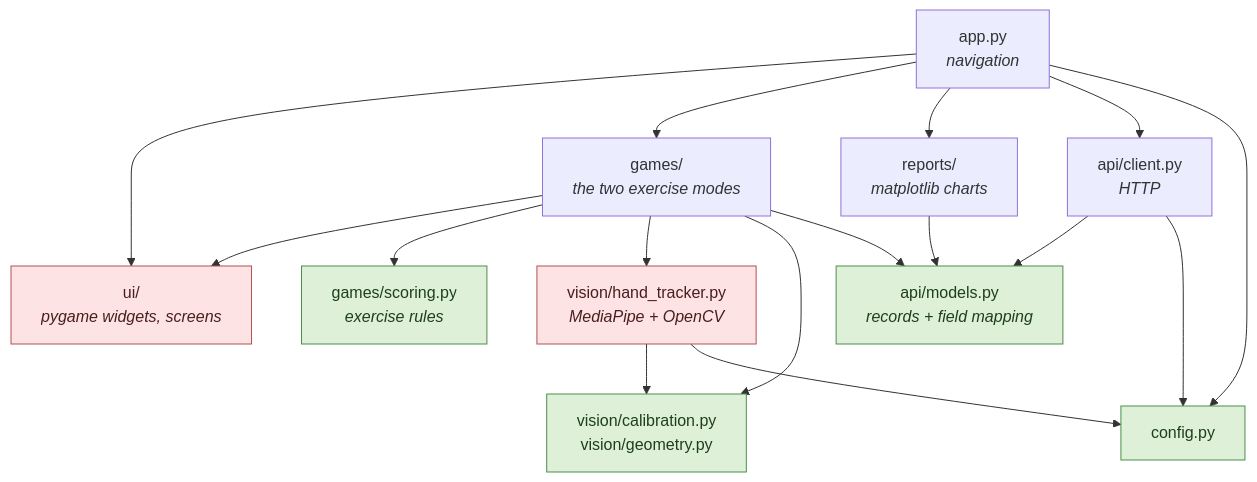
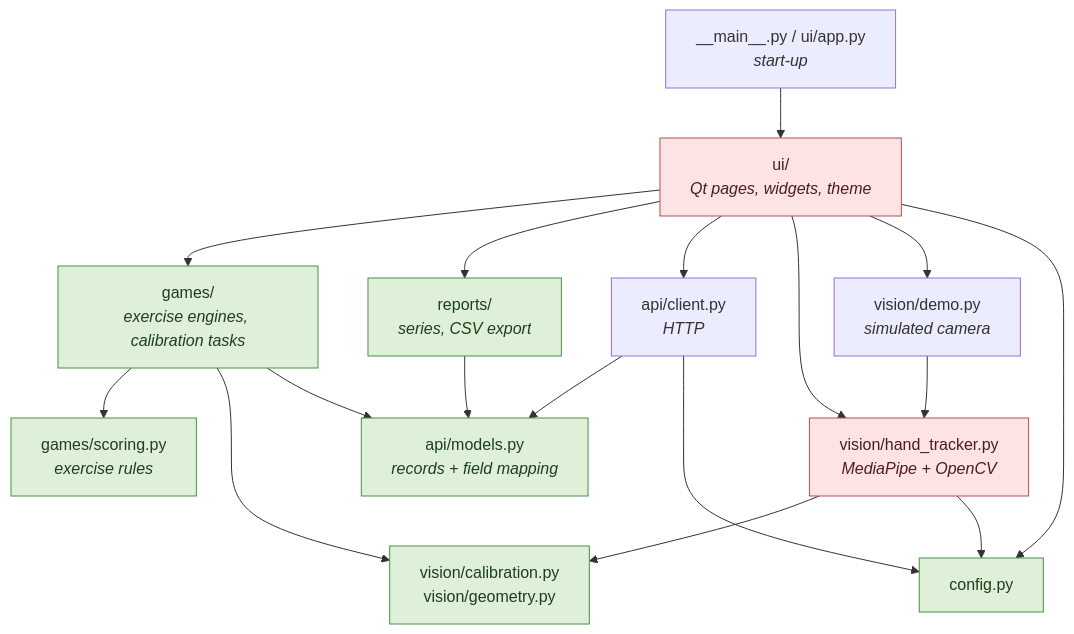
One commit to Alihaatefi/telerehab-hand-therapy changed the first of 3 diagrams in docs/architecture.md. Above: the diagram before and after it, drawn with Mermaid. The commit also changed other lines of this file and 18 other files, not shown here.

````diff
--- a/docs/architecture.md
+++ b/docs/architecture.md
@@ -9,34 +10,36 @@
 ```mermaid
 graph TD
-    APP["app.py<br/><i>navigation</i>"]
-    UI["ui/<br/><i>pygame widgets, screens</i>"]
-    GAMES["games/<br/><i>the two exercise modes</i>"]
-    REPORTS["reports/<br/><i>matplotlib charts</i>"]
+    MAIN["__main__.py / ui/app.py<br/><i>start-up</i>"]
+    UI["ui/<br/><i>Qt pages, widgets, theme</i>"]
+    GAMES["games/<br/><i>exercise engines, calibration tasks</i>"]
     SCORING["games/scoring.py<br/><i>exercise rules</i>"]
+    REPORTS["reports/<br/><i>series, CSV export</i>"]
     VISION["vision/hand_tracker.py<br/><i>MediaPipe + OpenCV</i>"]
+    DEMO["vision/demo.py<br/><i>simulated camera</i>"]
     CALIB["vision/calibration.py<br/>vision/geometry.py"]
     API["api/client.py<br/><i>HTTP</i>"]
     MODELS["api/models.py<br/><i>records + field mapping</i>"]
     CONFIG["config.py"]
 
-    APP --> UI
-    APP --> GAMES
-    APP --> REPORTS
-    APP --> API
-    GAMES --> UI
+    MAIN --> UI
+    UI --> GAMES
+    UI --> REPORTS
+    UI --> API
+    UI --> VISION
+    UI --> DEMO
+    UI --> CONFIG
     GAMES --> SCORING
-    GAMES --> VISION
     GAMES --> CALIB
     GAMES --> MODELS
     REPORTS --> MODELS
     API --> MODELS
+    API --> CONFIG
     VISION --> CALIB
-    APP --> CONFIG
     VISION --> CONFIG
-    API --> CONFIG
+    DEMO --> VISION
 
     classDef pure fill:#dff0d8,stroke:#4a8f4a,color:#1e3f1e
     classDef heavy fill:#fde3e3,stroke:#b05252,color:#4a1e1e
-    class SCORING,CALIB,MODELS,CONFIG pure
+    class GAMES,SCORING,CALIB,MODELS,REPORTS,CONFIG pure
     class VISION,UI heavy
 ```
````
